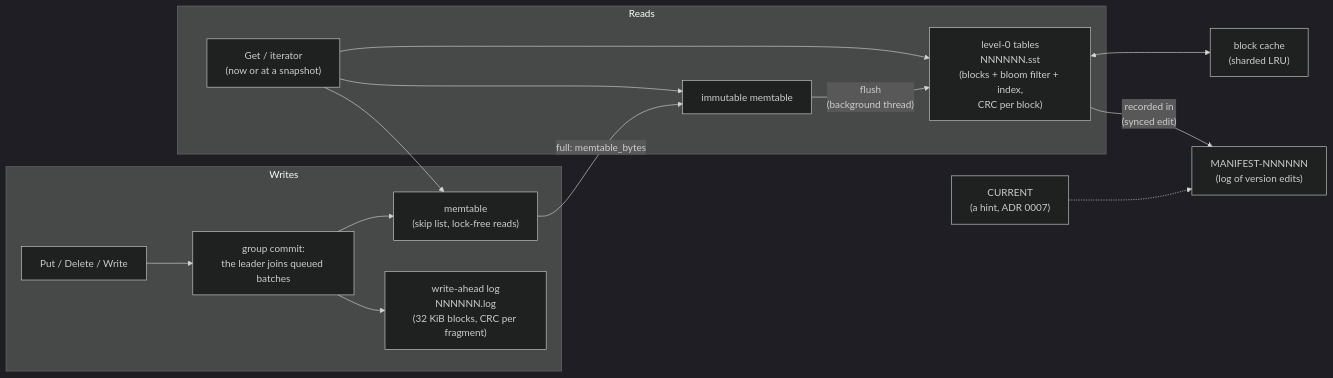
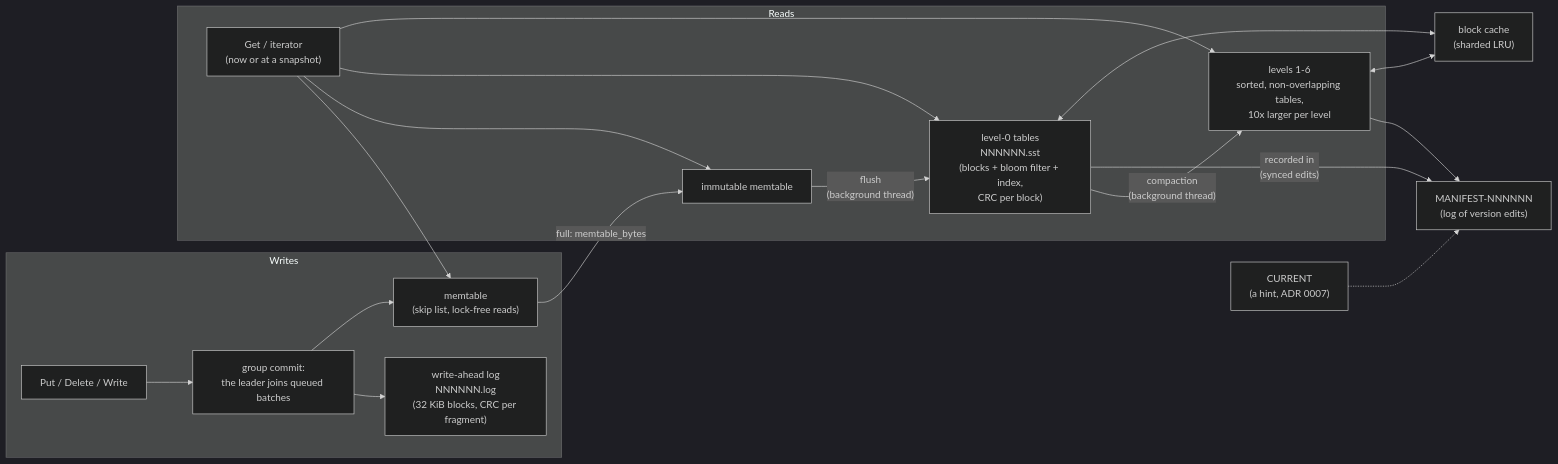
Before and after one commit to YanalSerhan/ForgeDB: the diagram in README.md, drawn with Mermaid (dark theme). The commit also changed other lines of this file and 25 other files, not shown here.

First line of the commit message:
Phase 4.3: leveled compaction (drop rules with snapshots, delayed input deletion, write stalls, level iterators, binary-search Get)

````diff
--- a/README.md
+++ b/README.md
@@ -34,18 +33,22 @@
 ```mermaid
 flowchart LR
   subgraph Writes
     W["Put / Delete / Write"] --> GC["group commit:<br/>the leader joins queued batches"]
     GC --> LOG["write-ahead log<br/>NNNNNN.log<br/>(32 KiB blocks, CRC per fragment)"]
     GC --> MEM["memtable<br/>(skip list, lock-free reads)"]
   end
   MEM -- "full: memtable_bytes" --> IMM["immutable memtable"]
   IMM -- "flush<br/>(background thread)" --> SST["level-0 tables<br/>NNNNNN.sst<br/>(blocks + bloom filter + index,<br/>CRC per block)"]
-  SST -- "recorded in<br/>(synced edit)" --> MAN["MANIFEST-NNNNNN<br/>(log of version edits)"]
+  SST -- "compaction<br/>(background thread)" --> LVL["levels 1-6<br/>sorted, non-overlapping tables,<br/>10x larger per level"]
+  SST -- "recorded in<br/>(synced edits)" --> MAN["MANIFEST-NNNNNN<br/>(log of version edits)"]
+  LVL --> MAN
   CUR["CURRENT<br/>(a hint, ADR 0007)"] -.-> MAN
   subgraph Reads
     R["Get / iterator<br/>(now or at a snapshot)"] --> MEM
     R --> IMM
     R --> SST
+    R --> LVL
   end
   SST <--> BC["block cache<br/>(sharded LRU)"]
+  LVL <--> BC
 ```
````
